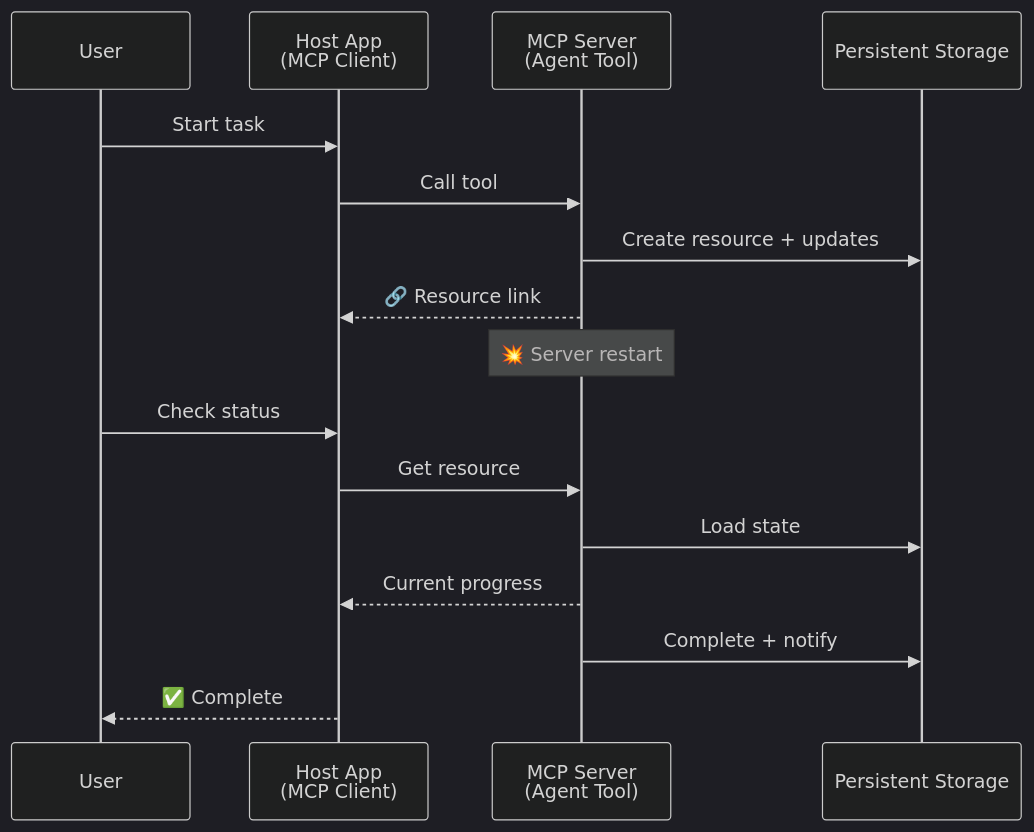
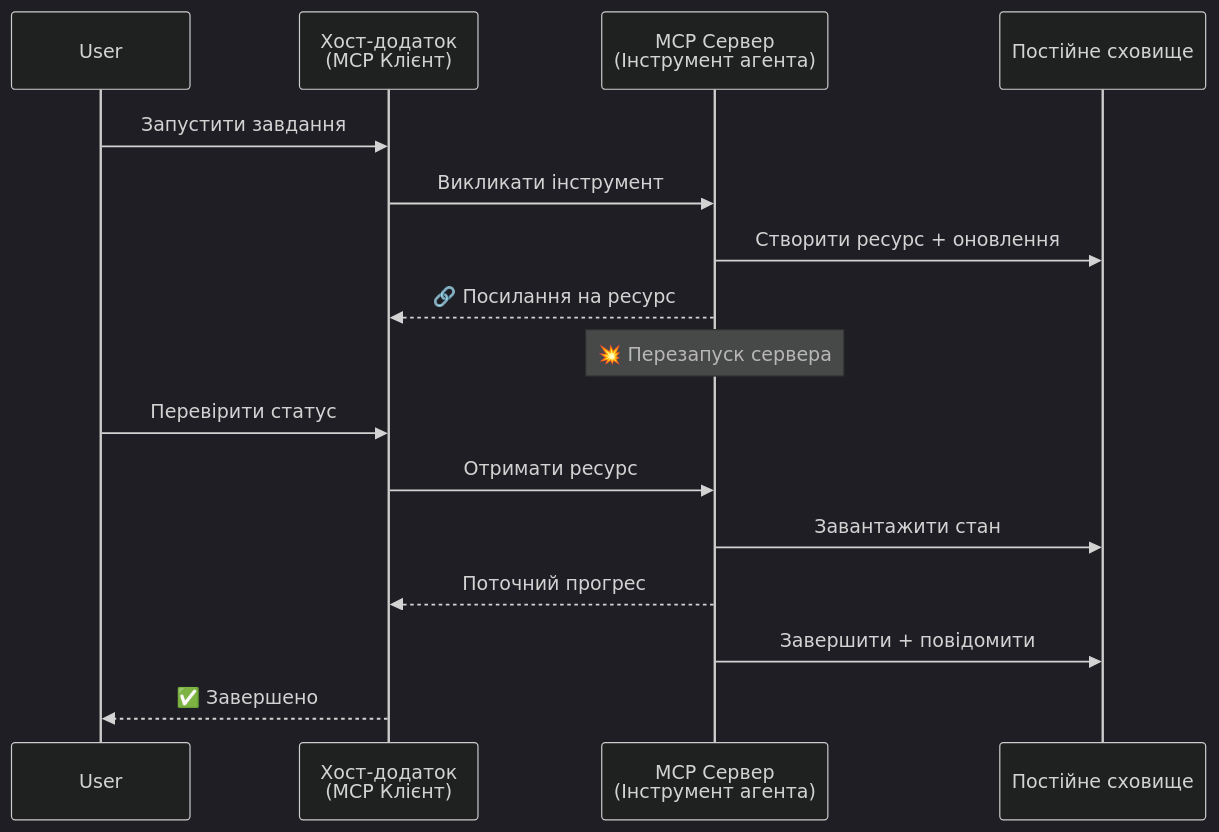
The third of 5 diagrams in translations/uk/11-agentic-protocols/code_samples/mcp-agents/README.md (microsoft/ai-agents-for-beginners), drawn with Mermaid (dark theme) before and after one commit. The commit also changed other lines of this file and 225 other files, not shown here.

````diff
--- a/translations/uk/11-agentic-protocols/code_samples/mcp-agents/README.md
+++ b/translations/uk/11-agentic-protocols/code_samples/mcp-agents/README.md
@@ -123,21 +123,21 @@
 ```mermaid
 sequenceDiagram
     participant User
-    participant Host as Host App<br/>(MCP Client)
-    participant Server as MCP Server<br/>(Agent Tool)
-    participant DB as Persistent Storage
+    participant Host as Хост-додаток<br/>(MCP Клієнт)
+    participant Server as MCP Сервер<br/>(Інструмент агента)
+    participant DB as Постійне сховище
 
-    User->>Host: Start task
-    Host->>Server: Call tool
-    Server->>DB: Create resource + updates
-    Server-->>Host: 🔗 Resource link
+    User->>Host: Запустити завдання
+    Host->>Server: Викликати інструмент
+    Server->>DB: Створити ресурс + оновлення
+    Server-->>Host: 🔗 Посилання на ресурс
 
-    Note over Server: 💥 Server restart
+    Note over Server: 💥 Перезапуск сервера
 
-    User->>Host: Check status
-    Host->>Server: Get resource
-    Server->>DB: Load state
-    Server-->>Host: Current progress
-    Server->>DB: Complete + notify
-    Host-->>User: ✅ Complete
+    User->>Host: Перевірити статус
+    Host->>Server: Отримати ресурс
+    Server->>DB: Завантажити стан
+    Server-->>Host: Поточний прогрес
+    Server->>DB: Завершити + повідомити
+    Host-->>User: ✅ Завершено
 ```
````
